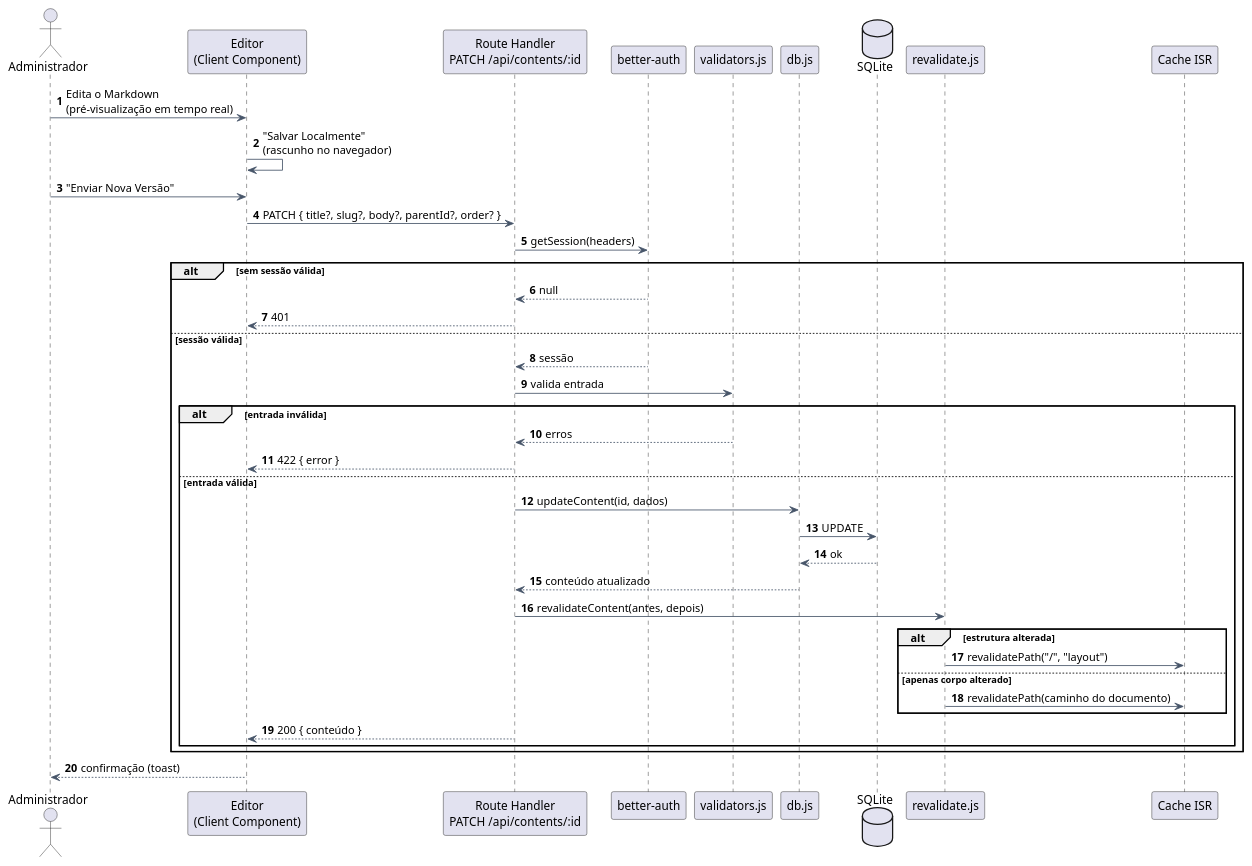
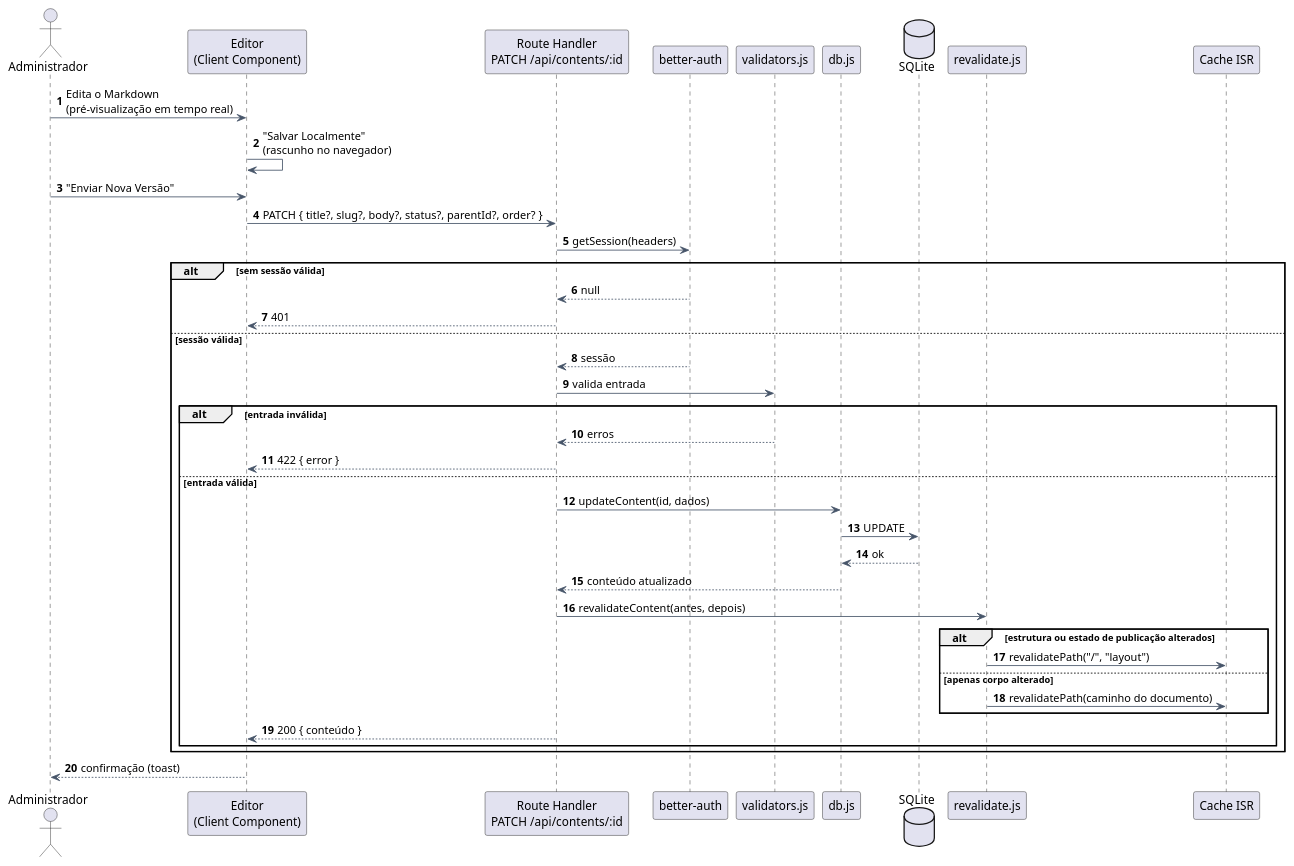
The diagram in doc/diagrams/src/seq-publicacao-conteudo.puml (fromcaio/vitrine), drawn with PlantUML before and after one commit. The commit also changed 29 other files, not shown here.

```diff
--- a/doc/diagrams/src/seq-publicacao-conteudo.puml
+++ b/doc/diagrams/src/seq-publicacao-conteudo.puml
@@ -1,53 +1,54 @@
 @startuml seq-publicacao-conteudo
 ' ===========================================================================
 ' Vitrine - Sequência: edição e publicação de um documento
 ' Figura: fig:seq-publicacao-conteudo (doc/tex/capitulos/cap5_arquitetura.tex)
 ' Regra de revalidação: só o corpo mudou => revalida a página; estrutura mudou
-' (título, slug, pai, ordem) => revalida o layout raiz (árvore na sidebar).
+' (título, slug, pai, ordem ou estado DRAFT/PUBLISHED) => revalida o layout raiz
+' (árvore na sidebar).
 ' ===========================================================================
 skinparam shadowing false
 skinparam defaultFontName Arial
 skinparam ArrowColor #475569
 skinparam sequenceMessageAlign left
 autonumber
 
 actor "Administrador" as Admin
 participant "Editor\n(Client Component)" as Ed
 participant "Route Handler\nPATCH /api/contents/:id" as Api
 participant "better-auth" as Auth
 participant "validators.js" as Val
 participant "db.js" as DB
 database "SQLite" as Sql
 participant "revalidate.js" as Rev
 participant "Cache ISR" as Cache
 
 Admin -> Ed : Edita o Markdown\n(pré-visualização em tempo real)
 Ed -> Ed : "Salvar Localmente"\n(rascunho no navegador)
 Admin -> Ed : "Enviar Nova Versão"
-Ed -> Api : PATCH { title?, slug?, body?, parentId?, order? }
+Ed -> Api : PATCH { title?, slug?, body?, status?, parentId?, order? }
 Api -> Auth : getSession(headers)
 alt sem sessão válida
   Auth --> Api : null
   Api --> Ed : 401
 else sessão válida
   Auth --> Api : sessão
   Api -> Val : valida entrada
   alt entrada inválida
     Val --> Api : erros
     Api --> Ed : 422 { error }
   else entrada válida
     Api -> DB : updateContent(id, dados)
     DB -> Sql : UPDATE
     Sql --> DB : ok
     DB --> Api : conteúdo atualizado
     Api -> Rev : revalidateContent(antes, depois)
-    alt estrutura alterada
+    alt estrutura ou estado de publicação alterados
       Rev -> Cache : revalidatePath("/", "layout")
     else apenas corpo alterado
       Rev -> Cache : revalidatePath(caminho do documento)
     end
     Api --> Ed : 200 { conteúdo }
   end
 end
 Ed --> Admin : confirmação (toast)
 @enduml
```
